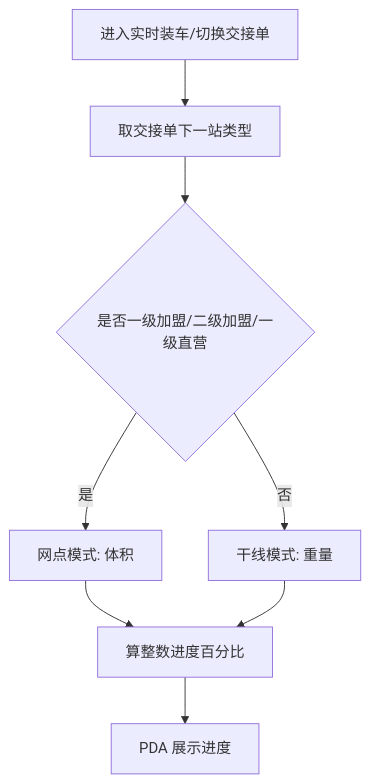
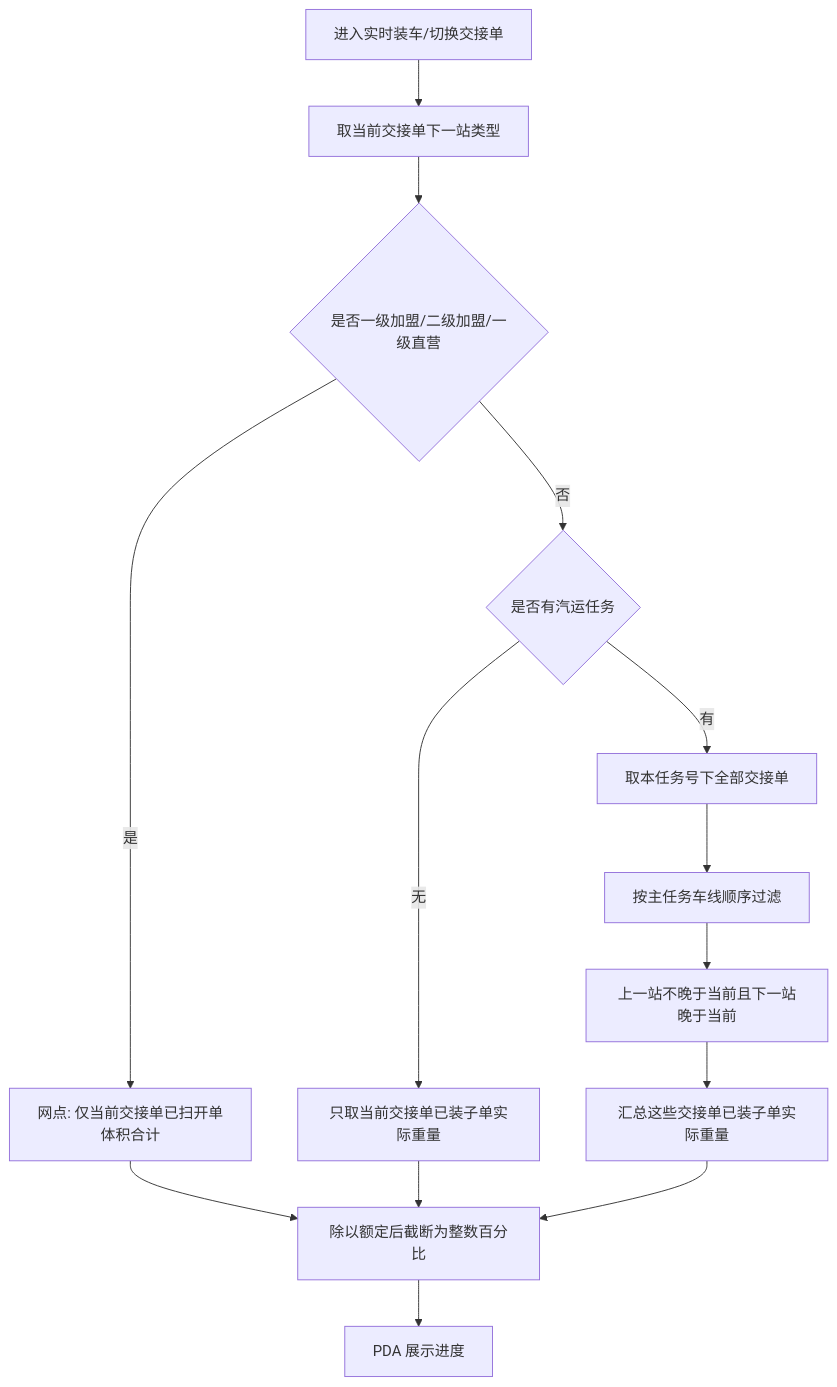
The diagram in docs/PDA装车进度及超载提示/PDA装车进度及超载提示.md (Sunny-sv/SZFB), drawn with Mermaid before and after one commit. The commit also changed other lines of this file and 1 other file, not shown here.

````diff
--- a/docs/PDA装车进度及超载提示/PDA装车进度及超载提示.md
+++ b/docs/PDA装车进度及超载提示/PDA装车进度及超载提示.md
@@ -32,10 +179,16 @@
 ```mermaid
 flowchart TD
-  start[进入实时装车/切换交接单] --> next[取交接单下一站类型]
+  start[进入实时装车/切换交接单] --> next[取当前交接单下一站类型]
   next --> check{是否一级加盟/二级加盟/一级直营}
-  check -->|是| vol[网点模式: 体积]
-  check -->|否| wt[干线模式: 重量]
-  vol --> pct[算整数进度百分比]
+  check -->|是| vol[网点: 仅当前交接单已扫开单体积合计]
+  check -->|否| air{是否有汽运任务}
+  air -->|无| cur[只取当前交接单已装子单实际重量]
+  air -->|有| task[取本任务号下全部交接单]
+  task --> order[按主任务车线顺序过滤]
+  order --> cond[上一站不晚于当前且下一站晚于当前]
+  cond --> wt[汇总这些交接单已装子单实际重量]
+  vol --> pct[除以额定后截断为整数百分比]
+  cur --> pct
   wt --> pct
   pct --> ui[PDA 展示进度]
 ```
````
